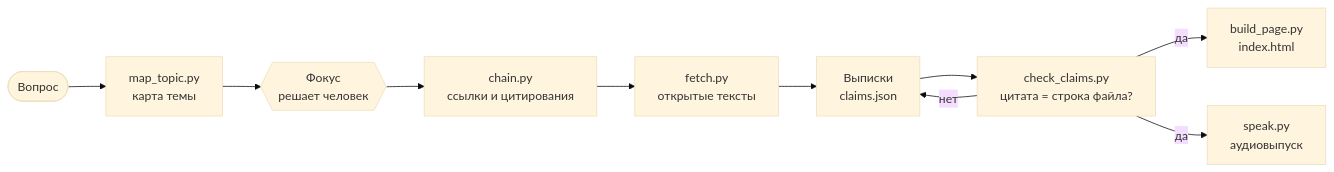
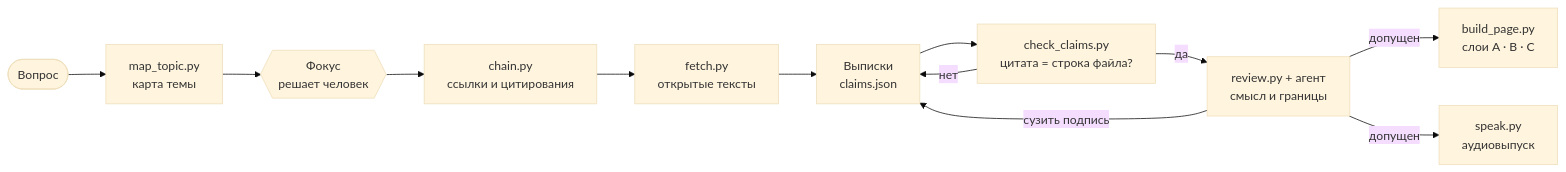
The diagram in README.md (lanschikovdn/istoki), drawn with Mermaid (base theme) before and after one commit. The commit also changed other lines of this file and 12 other files, not shown here.

First line of the commit message:
Схема v2: три проверки тезиса, слои A/B/C, журнал исключений

````diff
--- a/README.md
+++ b/README.md
@@ -84,12 +107,14 @@
 ```mermaid
 flowchart LR
     Q([Вопрос]) --> M[map_topic.py<br/>карта темы]
     M --> F{{Фокус<br/>решает человек}}
     F --> C[chain.py<br/>ссылки и цитирования]
     C --> D[fetch.py<br/>открытые тексты]
     D --> X[Выписки<br/>claims.json]
     X --> V[check_claims.py<br/>цитата = строка файла?]
     V -->|нет| X
-    V -->|да| H[build_page.py<br/>index.html]
-    V -->|да| A[speak.py<br/>аудиовыпуск]
+    V -->|да| R[review.py + агент<br/>смысл и границы]
+    R -->|сузить подпись| X
+    R -->|допущен| H[build_page.py<br/>слои A · B · C]
+    R -->|допущен| A[speak.py<br/>аудиовыпуск]
 ```
````
